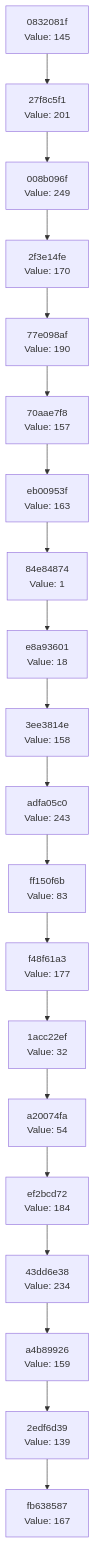
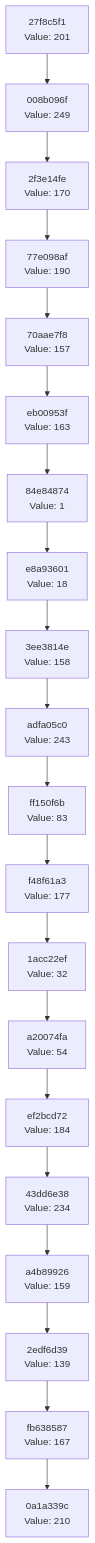
Before and after one commit to Abhisheksinha1506/hash-chain-evolver: the diagram in docs/CHAIN_VISUALIZATION.md, drawn with Mermaid. The commit also changed 3 other files, not shown here.

````diff
--- a/docs/CHAIN_VISUALIZATION.md
+++ b/docs/CHAIN_VISUALIZATION.md
@@ -3,42 +3,42 @@
 ```mermaid
 graph TD
-    C0["fb638587<br/>Value: 167"]
-    C1["2edf6d39<br/>Value: 139"]
+    C0["0a1a339c<br/>Value: 210"]
+    C1["fb638587<br/>Value: 167"]
     C1 --> C0
-    C2["a4b89926<br/>Value: 159"]
+    C2["2edf6d39<br/>Value: 139"]
     C2 --> C1
-    C3["43dd6e38<br/>Value: 234"]
+    C3["a4b89926<br/>Value: 159"]
     C3 --> C2
-    C4["ef2bcd72<br/>Value: 184"]
+    C4["43dd6e38<br/>Value: 234"]
     C4 --> C3
-    C5["a20074fa<br/>Value: 54"]
+    C5["ef2bcd72<br/>Value: 184"]
     C5 --> C4
-    C6["1acc22ef<br/>Value: 32"]
+    C6["a20074fa<br/>Value: 54"]
     C6 --> C5
-    C7["f48f61a3<br/>Value: 177"]
+    C7["1acc22ef<br/>Value: 32"]
     C7 --> C6
-    C8["ff150f6b<br/>Value: 83"]
+    C8["f48f61a3<br/>Value: 177"]
     C8 --> C7
-    C9["adfa05c0<br/>Value: 243"]
+    C9["ff150f6b<br/>Value: 83"]
     C9 --> C8
-    C10["3ee3814e<br/>Value: 158"]
+    C10["adfa05c0<br/>Value: 243"]
     C10 --> C9
-    C11["e8a93601<br/>Value: 18"]
+    C11["3ee3814e<br/>Value: 158"]
     C11 --> C10
-    C12["84e84874<br/>Value: 1"]
+    C12["e8a93601<br/>Value: 18"]
     C12 --> C11
-    C13["eb00953f<br/>Value: 163"]
+    C13["84e84874<br/>Value: 1"]
     C13 --> C12
-    C14["70aae7f8<br/>Value: 157"]
+    C14["eb00953f<br/>Value: 163"]
     C14 --> C13
-    C15["77e098af<br/>Value: 190"]
+    C15["70aae7f8<br/>Value: 157"]
     C15 --> C14
-    C16["2f3e14fe<br/>Value: 170"]
+    C16["77e098af<br/>Value: 190"]
     C16 --> C15
-    C17["008b096f<br/>Value: 249"]
+    C17["2f3e14fe<br/>Value: 170"]
     C17 --> C16
-    C18["27f8c5f1<br/>Value: 201"]
+    C18["008b096f<br/>Value: 249"]
     C18 --> C17
-    C19["0832081f<br/>Value: 145"]
+    C19["27f8c5f1<br/>Value: 201"]
     C19 --> C18
 ```
````
